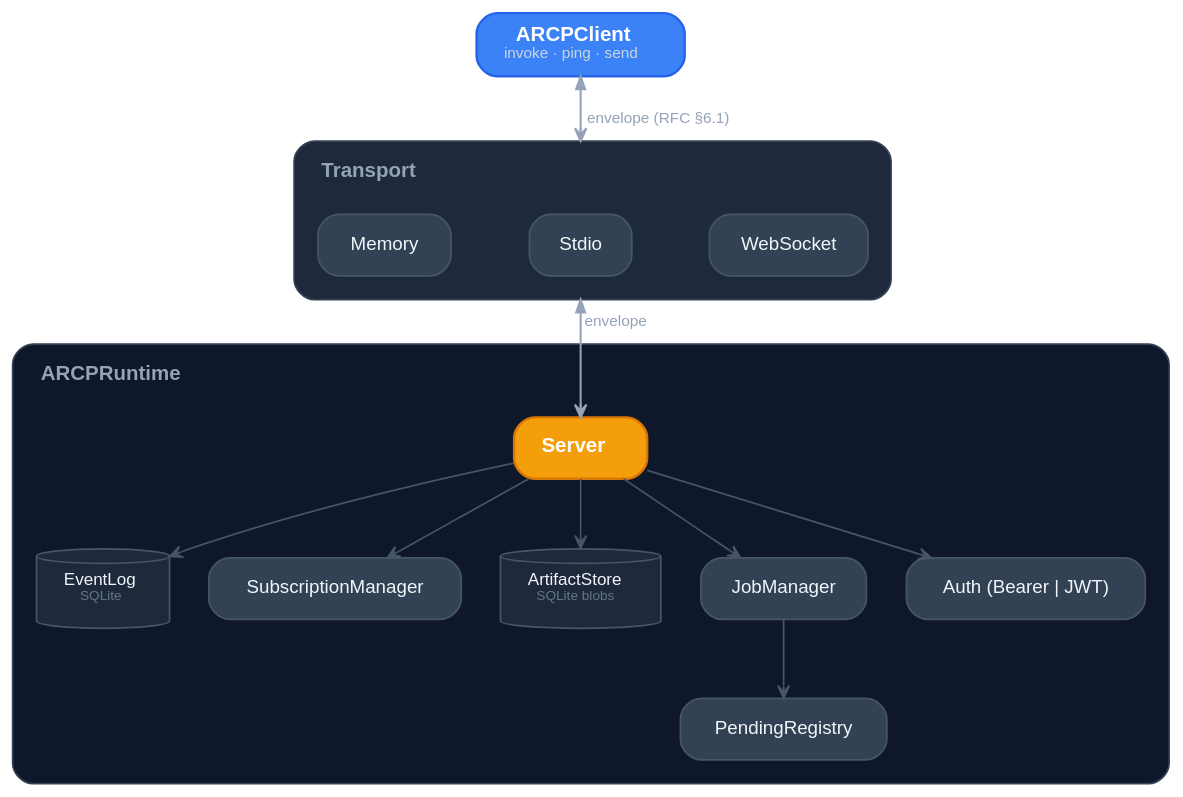
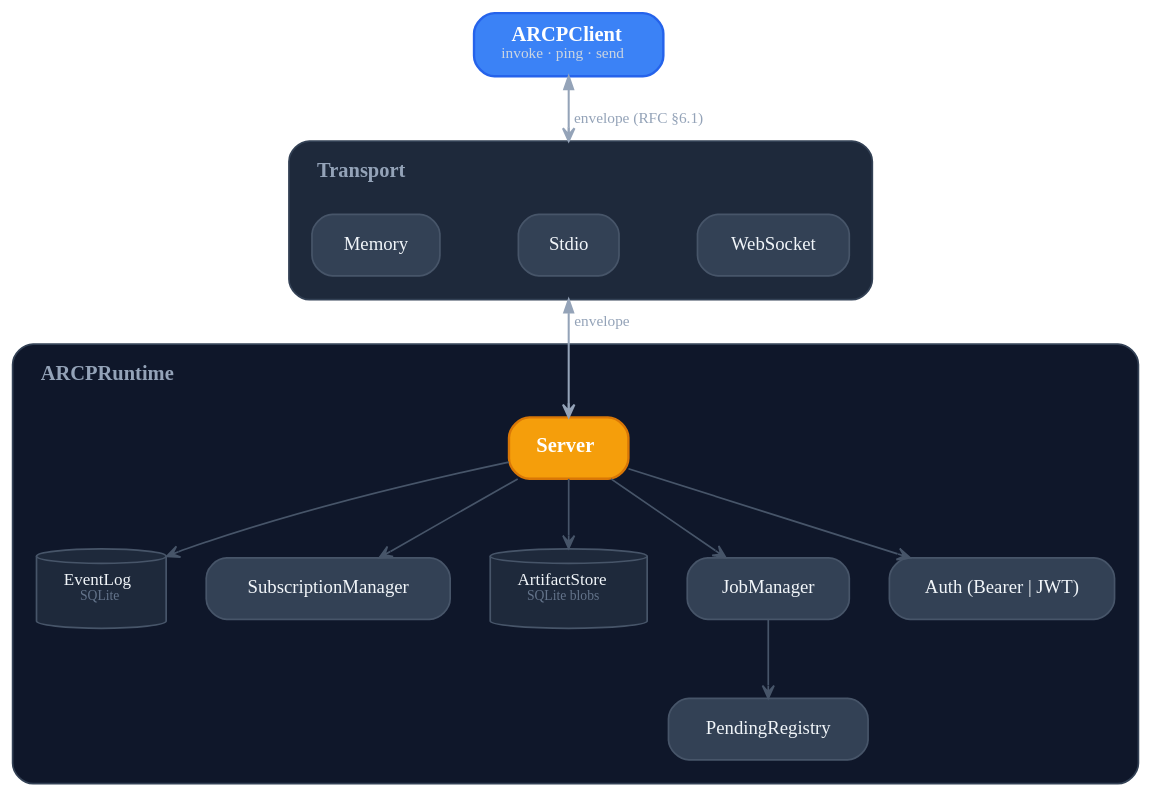
The diagram in docs/diagrams/architecture-dark.dot (agentruntimecontrolprotocol/swift-sdk), drawn with Graphviz before and after one commit. The commit also changed 7 other files, not shown here.

First line of the commit message:
Harmonize Graphviz diagrams with the ARCP design system

```diff
--- a/docs/diagrams/architecture-dark.dot
+++ b/docs/diagrams/architecture-dark.dot
@@ -1,70 +1,70 @@
 // ARCP Swift SDK architecture (dark)
 digraph SwiftSdkArchitecture {
-  rankdir=TB; bgcolor="transparent"; compound=true; fontname="Helvetica";
+  rankdir=TB; bgcolor="transparent"; compound=true; fontname="TT Commons Pro Trial";
   splines=spline; nodesep=0.32; ranksep=0.55; pad="0.35,0.25";
 
   node [shape=box, style="rounded,filled", fillcolor="#334155", color="#475569",
-        fontname="Helvetica", fontsize=11, fontcolor="#F1F5F9",
+        fontname="TT Commons Pro Trial", fontsize=11, fontcolor="#F1F5F9",
         margin="0.22,0.11", penwidth=1.0];
-  edge [fontname="Helvetica", fontsize=9, fontcolor="#94A3B8", color="#64748B",
+  edge [fontname="TT Commons Pro Trial", fontsize=9, fontcolor="#94A3B8", color="#64748B",
         penwidth=1.1, arrowsize=0.75, arrowhead=vee];
 
   Client [
     label=<<FONT POINT-SIZE="12"><B>ARCPClient</B></FONT><BR/><FONT POINT-SIZE="9" COLOR="#CBD5E1">invoke · ping · send</FONT>>,
     fillcolor="#3B82F6", color="#2563EB", fontcolor="white", penwidth=1.4
   ];
 
   subgraph cluster_runtime {
     label=<<TABLE BORDER="0" CELLBORDER="0" CELLPADDING="0" CELLSPACING="0"><TR><TD COLSPAN="3" HEIGHT="8"></TD></TR><TR><TD WIDTH="8"></TD><TD><FONT POINT-SIZE="12"><B>ARCPRuntime</B></FONT></TD><TD WIDTH="8"></TD></TR></TABLE>>;
     style="rounded,filled";
     fillcolor="#0F172A"; color="#334155";
-    fontname="Helvetica"; fontcolor="#94A3B8";
+    fontname="TT Commons Pro Trial"; fontcolor="#94A3B8";
     margin=14; labeljust=l; penwidth=1.0;
 
     Runtime [
       label=<<FONT POINT-SIZE="12"><B>Server</B></FONT>>,
       fillcolor="#F59E0B", color="#D97706", fontcolor="white", penwidth=1.4
     ];
 
     EventLog [
       label=<<FONT POINT-SIZE="10">EventLog</FONT><BR/><FONT POINT-SIZE="8" COLOR="#64748B">SQLite</FONT>>,
       shape=cylinder, fillcolor="#1E293B"
     ];
     SubMgr   [label="SubscriptionManager"];
     Artifacts [
       label=<<FONT POINT-SIZE="10">ArtifactStore</FONT><BR/><FONT POINT-SIZE="8" COLOR="#64748B">SQLite blobs</FONT>>,
       shape=cylinder, fillcolor="#1E293B"
     ];
 
     JobMgr   [label="JobManager"];
     Pending  [label="PendingRegistry"];
     Auth     [label="Auth (Bearer | JWT)"];
   }
 
   subgraph cluster_transport {
     label=<<TABLE BORDER="0" CELLBORDER="0" CELLPADDING="0" CELLSPACING="0"><TR><TD COLSPAN="3" HEIGHT="8"></TD></TR><TR><TD WIDTH="8"></TD><TD><FONT POINT-SIZE="12"><B>Transport</B></FONT></TD><TD WIDTH="8"></TD></TR></TABLE>>;
     style="rounded,filled";
     fillcolor="#1E293B"; color="#334155";
-    fontname="Helvetica"; fontcolor="#94A3B8";
+    fontname="TT Commons Pro Trial"; fontcolor="#94A3B8";
     margin=14; labeljust=l; penwidth=1.0;
 
     Memory [label="Memory"];
     Stdio  [label="Stdio"];
     Ws     [label="WebSocket"];
 
     Memory -> Stdio -> Ws [style=invis];
     { rank=same; Memory; Stdio; Ws; }
   }
 
   edge [color="#94A3B8", penwidth=1.2];
   Client  -> Stdio [dir=both, label="envelope (RFC §6.1)", lhead=cluster_transport];
   Stdio   -> Runtime [dir=both, label="envelope", ltail=cluster_transport];
 
   edge [color="#475569", penwidth=1.0];
   Runtime -> JobMgr;
   Runtime -> EventLog;
   Runtime -> SubMgr;
   Runtime -> Artifacts;
   Runtime -> Auth;
   JobMgr  -> Pending;
 }
```
